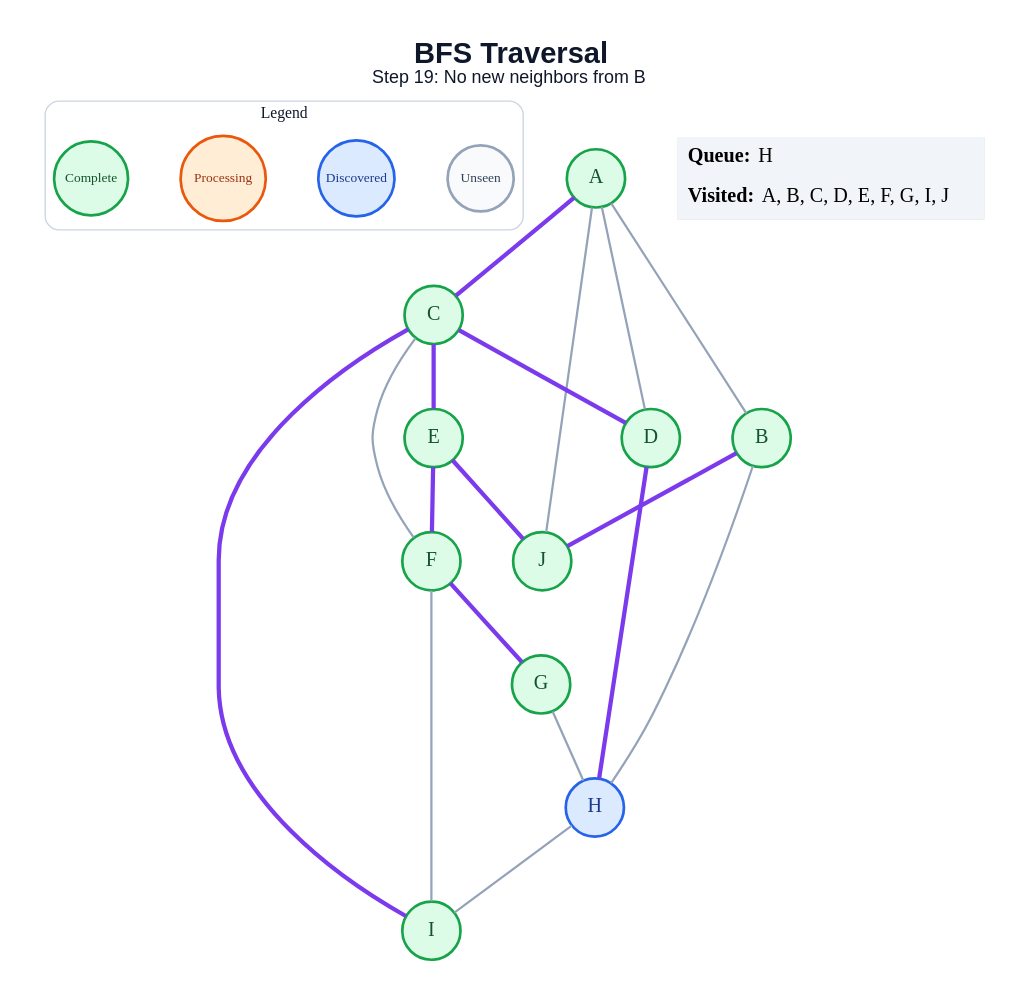
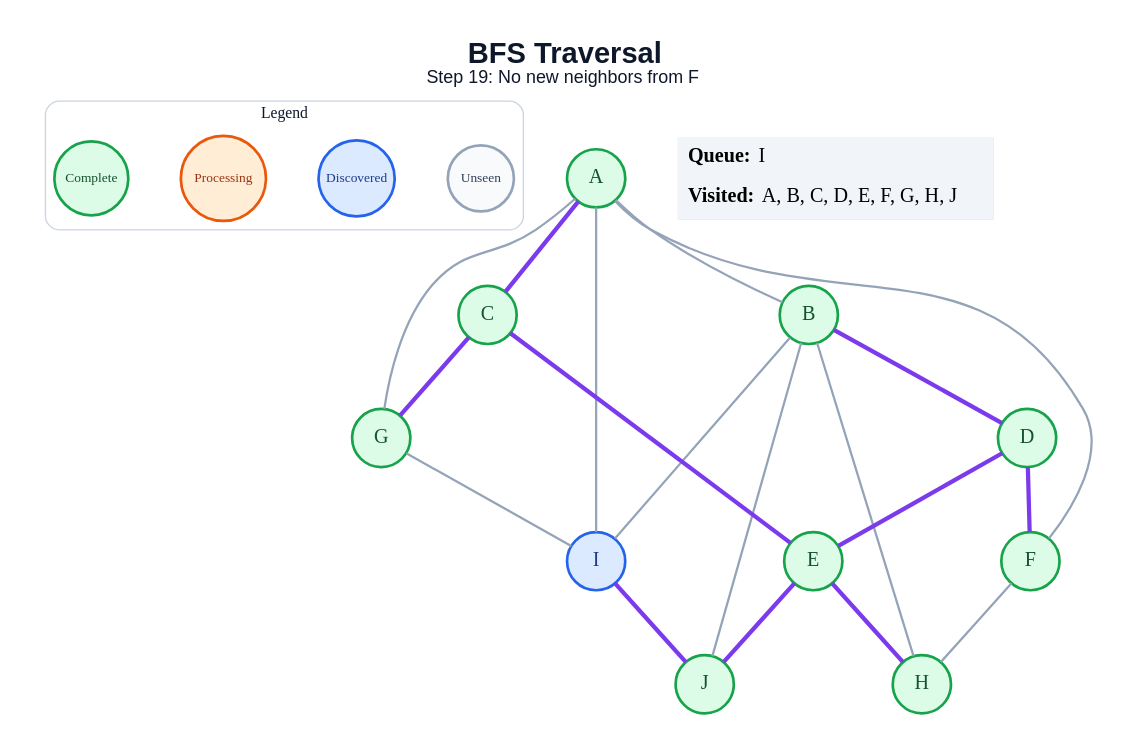
Before and after one commit to amanghodawala9/ai-slop: the diagram in generated/specific-node/bfs/step_19.dot, drawn with Graphviz. The commit also changed 178 other files, not shown here.

```diff
--- a/generated/specific-node/bfs/step_19.dot
+++ b/generated/specific-node/bfs/step_19.dot
@@ -1,46 +1,47 @@
 graph traversal {
   graph [layout=dot, rankdir=TB, bgcolor="#FFFFFF", pad="0.35", nodesep="0.65", ranksep="0.8", fontname="Arial"];
   node [shape=circle, style="filled", fontname="Arial Bold", fontsize=18, width=0.72, fixedsize=true, penwidth=2.4];
   edge [color="#94A3B8", penwidth=2.0];
-  label=<<B>BFS Traversal</B><BR/><FONT POINT-SIZE="16">Step 19: No new neighbors from B</FONT>>; labelloc="t"; fontsize=26; fontname="Arial"; fontcolor="#0F172A";
+  label=<<B>BFS Traversal</B><BR/><FONT POINT-SIZE="16">Step 19: No new neighbors from F</FONT>>; labelloc="t"; fontsize=26; fontname="Arial"; fontcolor="#0F172A";
   subgraph cluster_legend { label="Legend"; color="#CBD5E1"; penwidth=1.2; style="rounded"; fontsize=14; fontname="Arial Bold";
     key_unseen [label="Unseen", fillcolor="#F8FAFC", color="#94A3B8", fontcolor="#334155", fontsize=12, width=0.82];
     key_frontier [label="Discovered", fillcolor="#DBEAFE", color="#2563EB", fontcolor="#1E3A8A", fontsize=12, width=0.95];
     key_current [label="Processing", fillcolor="#FFEDD5", color="#EA580C", fontcolor="#9A3412", fontsize=12, width=1.05];
     key_done [label="Complete", fillcolor="#DCFCE7", color="#16A34A", fontcolor="#14532D", fontsize=12, width=0.92];
     { rank=same; key_unseen; key_frontier; key_current; key_done; }
   }
   A [fillcolor="#DCFCE7", color="#16A34A", fontcolor="#14532D"];
   B [fillcolor="#DCFCE7", color="#16A34A", fontcolor="#14532D"];
   C [fillcolor="#DCFCE7", color="#16A34A", fontcolor="#14532D"];
   D [fillcolor="#DCFCE7", color="#16A34A", fontcolor="#14532D"];
   E [fillcolor="#DCFCE7", color="#16A34A", fontcolor="#14532D"];
   F [fillcolor="#DCFCE7", color="#16A34A", fontcolor="#14532D"];
   G [fillcolor="#DCFCE7", color="#16A34A", fontcolor="#14532D"];
-  H [fillcolor="#DBEAFE", color="#2563EB", fontcolor="#1E3A8A"];
-  I [fillcolor="#DCFCE7", color="#16A34A", fontcolor="#14532D"];
+  H [fillcolor="#DCFCE7", color="#16A34A", fontcolor="#14532D"];
+  I [fillcolor="#DBEAFE", color="#2563EB", fontcolor="#1E3A8A"];
   J [fillcolor="#DCFCE7", color="#16A34A", fontcolor="#14532D"];
   A -- B;
   A -- C [color="#7C3AED", penwidth=3.8];
-  A -- D;
-  A -- J;
+  A -- F;
+  A -- G;
+  A -- I;
+  B -- D [color="#7C3AED", penwidth=3.8];
   B -- H;
-  B -- J [color="#7C3AED", penwidth=3.8];
-  C -- D [color="#7C3AED", penwidth=3.8];
+  B -- I;
+  B -- J;
   C -- E [color="#7C3AED", penwidth=3.8];
-  C -- F;
-  C -- I [color="#7C3AED", penwidth=3.8];
-  D -- H [color="#7C3AED", penwidth=3.8];
-  E -- F [color="#7C3AED", penwidth=3.8];
+  C -- G [color="#7C3AED", penwidth=3.8];
+  D -- E [color="#7C3AED", penwidth=3.8];
+  D -- F [color="#7C3AED", penwidth=3.8];
+  E -- H [color="#7C3AED", penwidth=3.8];
   E -- J [color="#7C3AED", penwidth=3.8];
-  F -- G [color="#7C3AED", penwidth=3.8];
-  F -- I;
-  G -- H;
-  H -- I;
+  F -- H;
+  G -- I;
+  I -- J [color="#7C3AED", penwidth=3.8];
   status [shape=plain, fixedsize=false, width=0, height=0, margin=0, label=<
     <TABLE BORDER="0" CELLBORDER="0" CELLPADDING="7" BGCOLOR="#F1F5F9">
-      <TR><TD ALIGN="LEFT"><B>Queue:</B> H</TD></TR>
-      <TR><TD ALIGN="LEFT"><B>Visited:</B> A, B, C, D, E, F, G, I, J</TD></TR>
+      <TR><TD ALIGN="LEFT"><B>Queue:</B> I</TD></TR>
+      <TR><TD ALIGN="LEFT"><B>Visited:</B> A, B, C, D, E, F, G, H, J</TD></TR>
     </TABLE>
   >];
 }
```
